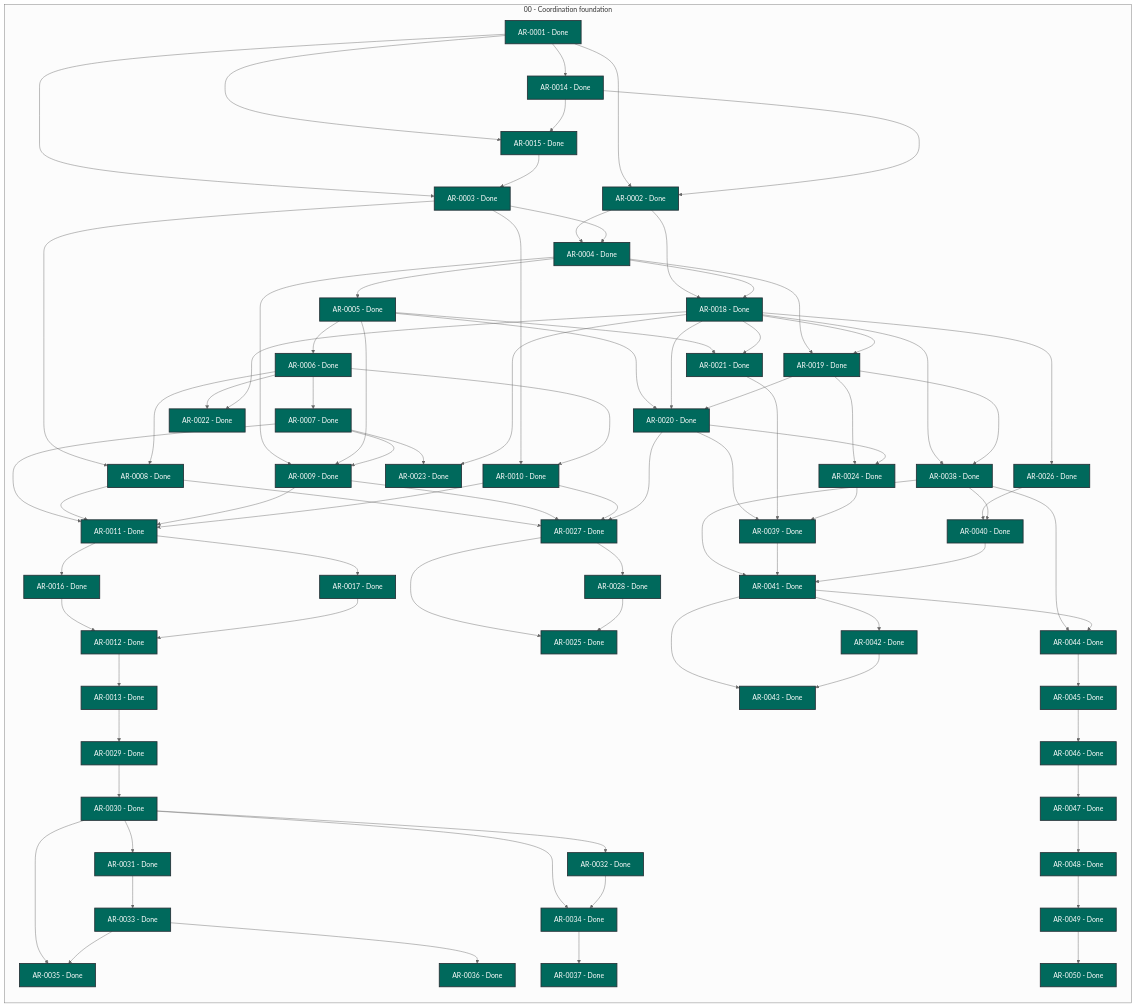
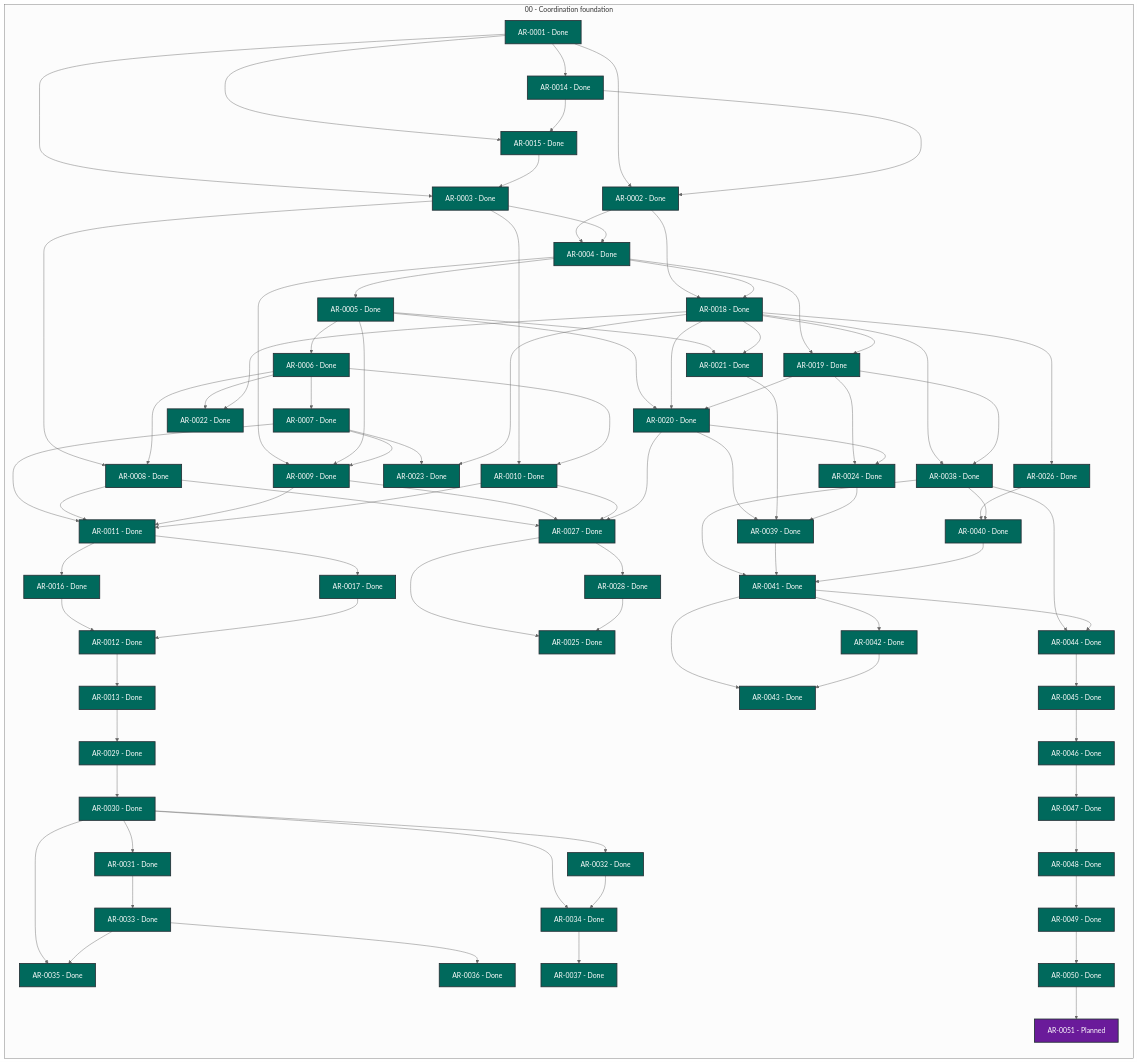
The diagram in STATUS.md (martin-beck/agent-workflow-tui-state), drawn with Mermaid (neutral theme) before and after one commit. The commit also changed other lines of this file and 3 other files, not shown here.

```diff
--- a/STATUS.md
+++ b/STATUS.md
@@ -78,6 +78,7 @@
         AR_0048["AR-0048 - Done"]:::status_done
         AR_0049["AR-0049 - Done"]:::status_done
         AR_0050["AR-0050 - Done"]:::status_done
+        AR_0051["AR-0051 - Planned"]:::status_planned
     end
     AR_0001 --> AR_0002
     AR_0001 --> AR_0003
@@ -162,6 +163,7 @@
     AR_0047 --> AR_0048
     AR_0048 --> AR_0049
     AR_0049 --> AR_0050
+    AR_0050 --> AR_0051
     classDef status_in_progress fill:#1565c0,color:#ffffff,stroke:#263238,stroke-width:2px
     classDef status_open fill:#2e7d32,color:#ffffff,stroke:#263238,stroke-width:2px
     classDef status_blocked fill:#c62828,color:#ffffff,stroke:#263238,stroke-width:2px
```
